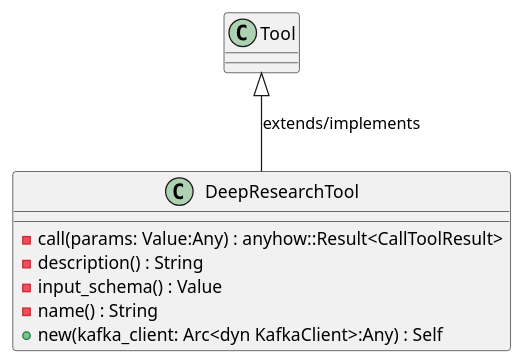
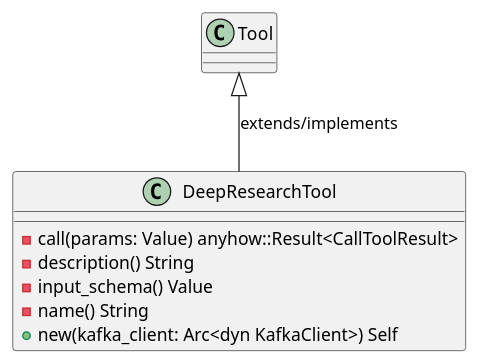
One commit to lgcorzo/rust_CACD_autonomous_factory changed the first of 6 diagrams in openwiki/crates_factory_mcp_server_src_tools_deep_research_tool.md. Above: the diagram before and after it, drawn with PlantUML. The commit also changed other lines of this file and 97 other files, not shown here.

First line of the commit message:
Fix Rust AST parsing for method and function parameters, and update OKF UML frontmatter

````diff
--- a/openwiki/crates_factory_mcp_server_src_tools_deep_research_tool.md
+++ b/openwiki/crates_factory_mcp_server_src_tools_deep_research_tool.md
@@ -74,13 +79,13 @@
 ```plantuml
 @startuml
 class DeepResearchTool {
-    -call(params: Value:Any) : anyhow::Result<CallToolResult>
-    -description() : String
-    -input_schema() : Value
-    -name() : String
-    +new(kafka_client: Arc<dyn KafkaClient>:Any) : Self
+    -call(params: Value) anyhow::Result<CallToolResult>
+    -description() String
+    -input_schema() Value
+    -name() String
+    +new(kafka_client: Arc<dyn KafkaClient>) Self
 }
 Tool <|-- DeepResearchTool : extends/implements
 @enduml
 
 ```
````
